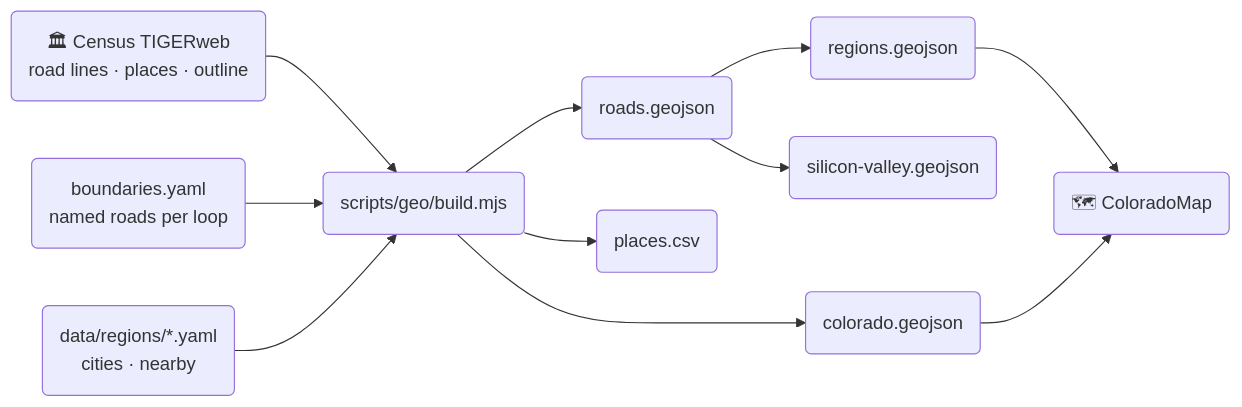
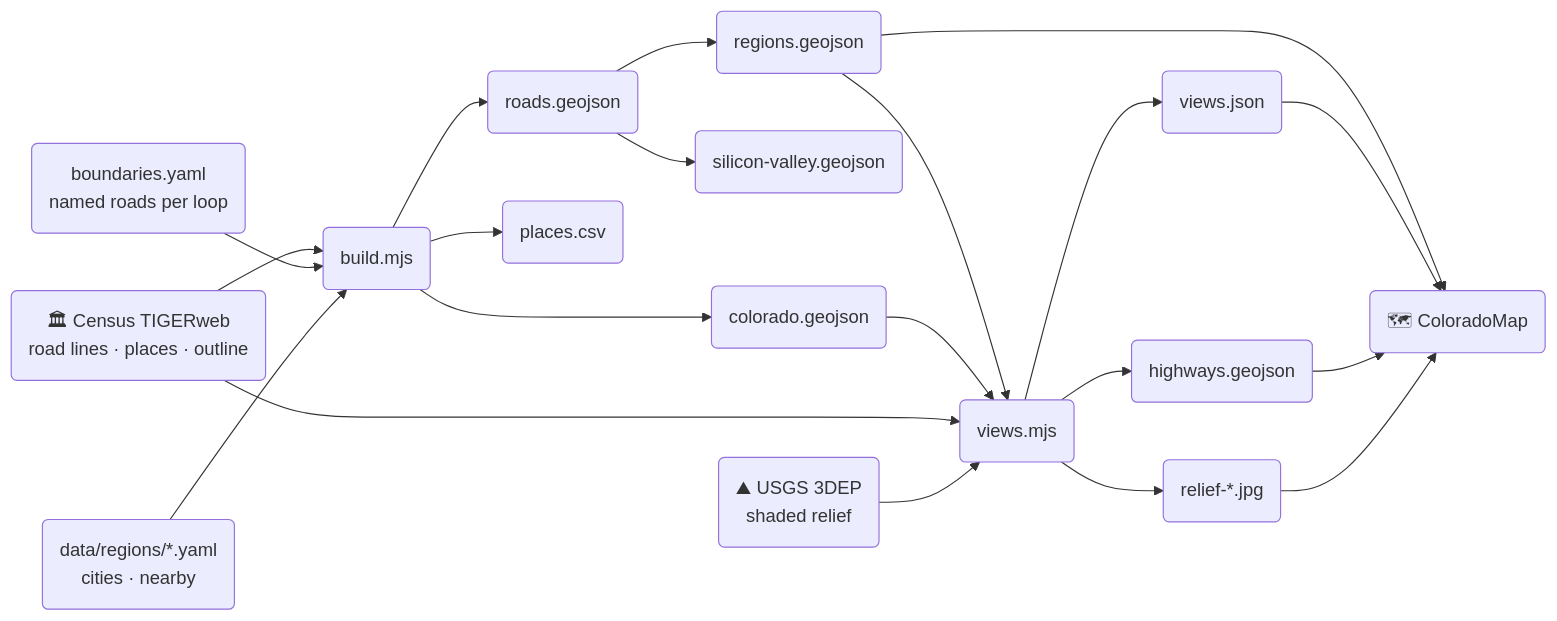
Before and after one commit to Colorado-Startups/coloradostartups.org: the diagram in data/geo/README.md, drawn with Mermaid. The commit also changed other lines of this file and 3 other files, not shown here.

````diff
--- a/data/geo/README.md
+++ b/data/geo/README.md
@@ -5,10 +5,17 @@
 ```mermaid
 flowchart LR
-  T("🏛 Census TIGERweb<br/>road lines · places · outline") --> B("scripts/geo/build.mjs")
+  T("🏛 Census TIGERweb<br/>road lines · places · outline") --> B("build.mjs")
   Y("boundaries.yaml<br/>named roads per loop") --> B
   G("data/regions/*.yaml<br/>cities · nearby") --> B
   B --> L("roads.geojson") --> R("regions.geojson") & S("silicon-valley.geojson")
   B --> P("places.csv") & C("colorado.geojson")
+  R --> V("views.mjs")
+  C --> V
+  T --> V
+  U("⛰ USGS 3DEP<br/>shaded relief") --> V
+  V --> F("views.json") & H("highways.geojson") & I("relief-*.jpg")
   R --> M("🗺 ColoradoMap")
-  C --> M
+  F --> M
+  H --> M
+  I --> M
 ```
````
